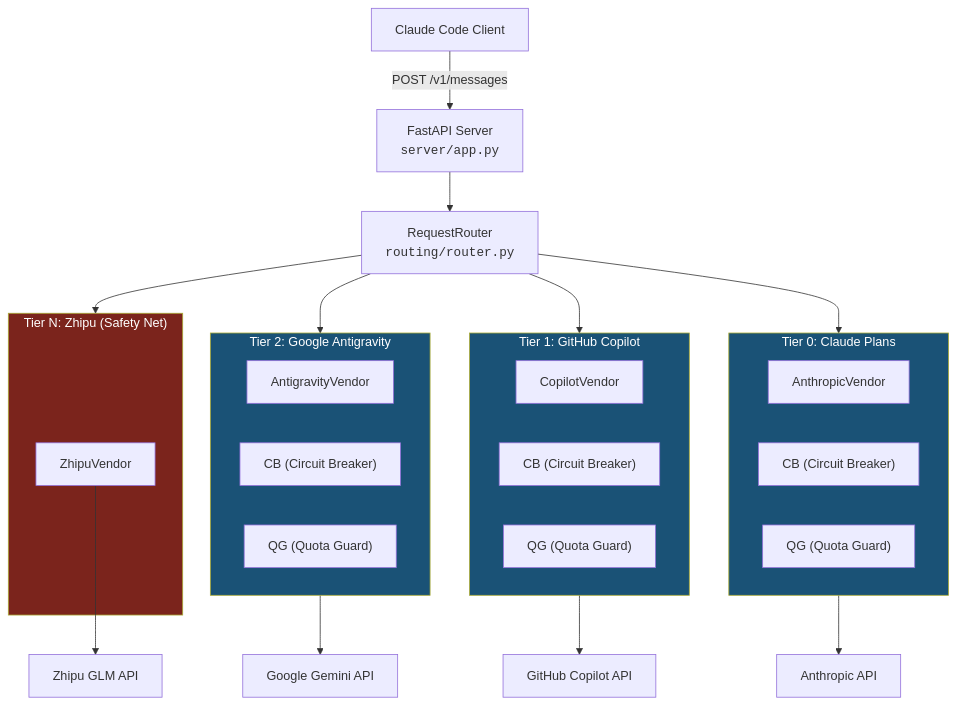
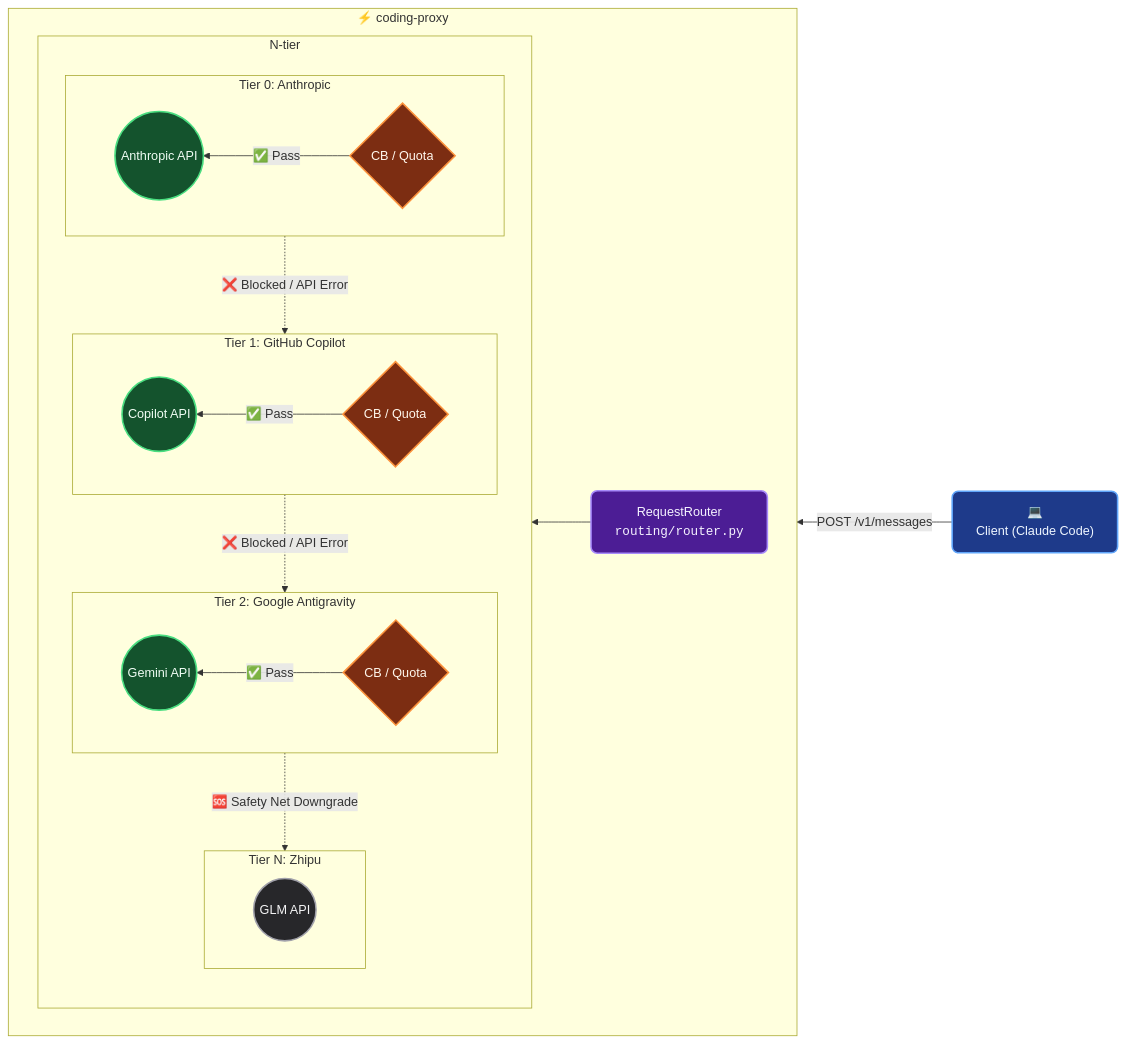
One commit to ThreeFish-AI/coding-proxy changed the diagram in README.md. Above: the diagram before and after it, drawn with Mermaid. The commit also changed 1 other file, not shown here.

Commit message:
docs(readme): 重绘架构 Mermaid 图 — 暗色模式兼容 + 样式升级 + 排版微调;
🤖 Generated with [Claude Code](https://github.com/claude), [CodeX](https://openai.com), [Gemini](https://github.com/apps/gemini-code-assist)

````diff
--- a/README.md
+++ b/README.md
@@ -93,49 +93,50 @@
 ```mermaid
-graph TD
-    Client["Claude Code Client"]
-    Server["FastAPI Server<br/><code>server/app.py</code>"]
-    Router["RequestRouter<br/><code>routing/router.py</code>"]
+graph RL
+    %% 样式定义 (支持明暗双色模式的高对比色彩)
+    classDef client fill:#1E3A8A,stroke:#60A5FA,stroke-width:2px,color:#EFF6FF,rx:8,ry:8
+    classDef router fill:#4C1D95,stroke:#A78BFA,stroke-width:2px,color:#F5F3FF,rx:8,ry:8
+    classDef gateway fill:#7C2D12,stroke:#FB923C,stroke-width:2px,color:#FFF7ED
+    classDef api fill:#14532D,stroke:#4ADE80,stroke-width:2px,color:#F0FDF4
+    classDef fallback fill:#27272A,stroke:#A1A1AA,stroke-width:2px,color:#F4F4F5
 
-    Client -->|"POST /v1/messages"| Server
-    Server --> Router
+    Client["💻<br/>Client (Claude Code)"]:::client
 
-    Router --> T0
-    Router --> T1
-    Router --> T2
-    Router --> TN
+    subgraph CodingProxy["⚡ coding-proxy"]
+        direction RL
+        
+        Router["RequestRouter<br/><code>routing/router.py</code>"]:::router
 
-    subgraph T0["Tier 0: Claude Plans"]
-        direction LR
-        A_VE["AnthropicVendor"]
-        A_CB["CB (Circuit Breaker)"]
-        A_QG["QG (Quota Guard)"]
-    end
+        Router -->NTier
 
-    subgraph T1["Tier 1: GitHub Copilot"]
-        direction LR
-        C_VE["CopilotVendor"]
-        C_CB["CB (Circuit Breaker)"]
-        C_QG["QG (Quota Guard)"]
-    end
+        subgraph NTier["N-tier"]
+            direction TB
 
-    subgraph T2["Tier 2: Google Antigravity"]
-        direction LR
-        G_VE["AntigravityVendor"]
-        G_CB["CB (Circuit Breaker)"]
-        G_QG["QG (Quota Guard)"]
-    end
+            subgraph Tier0 ["Tier 0: Anthropic"]
+                direction RL
+                G0{"CB / Quota"}:::gateway -- "✅ Pass" --> API0(("Anthropic API")):::api
+            end
 
-    subgraph TN["Tier N: Zhipu (Safety Net)"]
-        Z_VE["ZhipuVendor"]
-    end
+            subgraph Tier1 ["Tier 1: GitHub Copilot"]
+                direction RL
+                G1{"CB / Quota"}:::gateway -- "✅ Pass" --> API1(("Copilot API")):::api
+            end
 
-    A_VE --> API_A["Anthropic API"]
-    C_VE --> API_C["GitHub Copilot API"]
-    G_VE --> API_G["Google Gemini API"]
-    Z_VE --> API_Z["Zhipu GLM API"]
+            subgraph Tier2 ["Tier 2: Google Antigravity"]
+                direction RL
+                G2{"CB / Quota"}:::gateway -- "✅ Pass" --> API2(("Gemini API")):::api
+            end
 
-    style T0 fill:#1a5276,color:#fff
-    style T1 fill:#1a5276,color:#fff
-    style T2 fill:#1a5276,color:#fff
-    style TN fill:#7b241c,color:#fff
+            subgraph TierN ["Tier N: Zhipu"]
+                direction RL
+                APIN(("GLM API")):::fallback
+            end
+
+            Tier0 -. "❌ Blocked / API Error" .-> Tier1
+            Tier1 -. "❌ Blocked / API Error" .-> Tier2
+            Tier2 -. "🆘 Safety Net Downgrade" .-> TierN
+        end
+
+    end    
+
+    Client -->|"POST /v1/messages"| CodingProxy
 ```
````
